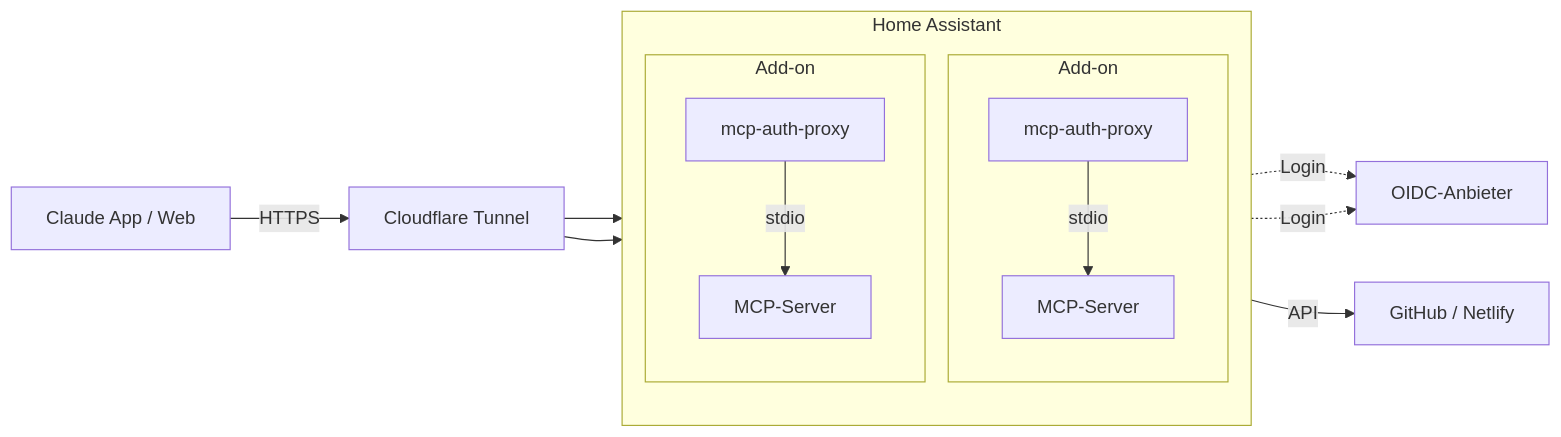
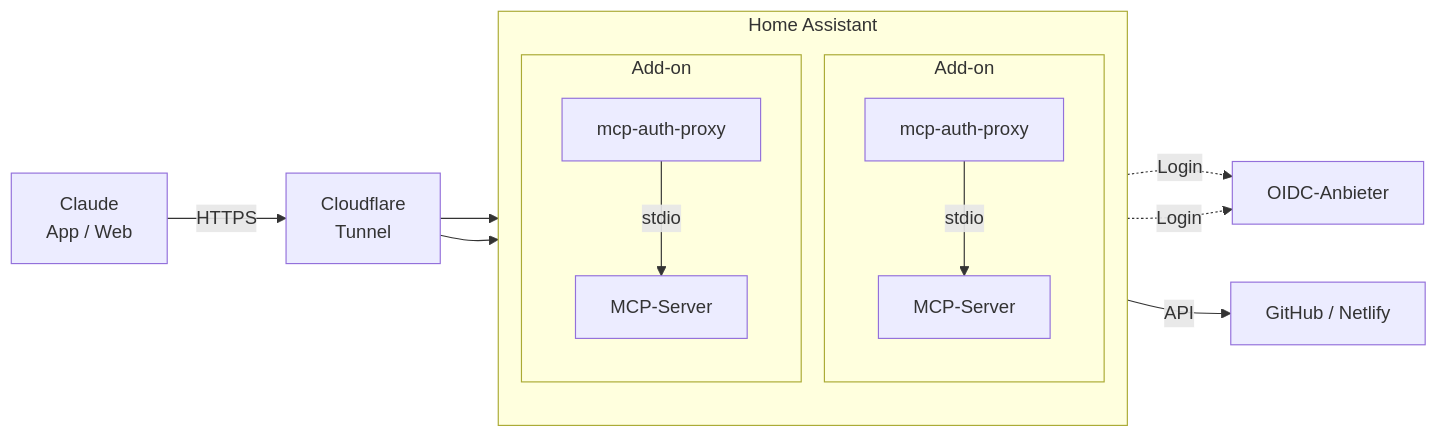
Before and after one commit to kleinhansda/ha-mcp-addons: the diagram in README.md, drawn with Mermaid. The commit also changed other lines of this file, not shown here.

````diff
--- a/README.md
+++ b/README.md
@@ -80,16 +80,16 @@
 ```mermaid
 flowchart LR
-  C[Claude App / Web] -->|HTTPS| CF[Cloudflare Tunnel]
+  C[Claude<br>App / Web] -->|HTTPS| CF[Cloudflare<br>Tunnel]
   subgraph HA[Home Assistant]
     direction TB
     subgraph A1[Add-on]
       P1[mcp-auth-proxy] -->|stdio| S1[MCP-Server]
     end
     subgraph A2[Add-on]
       P2[mcp-auth-proxy] -->|stdio| S2[MCP-Server]
     end
   end
   CF --> P1 & P2
   P1 & P2 -.->|Login| ID[OIDC-Anbieter]
   S2 -->|API| EXT[GitHub / Netlify]
 ```
````
